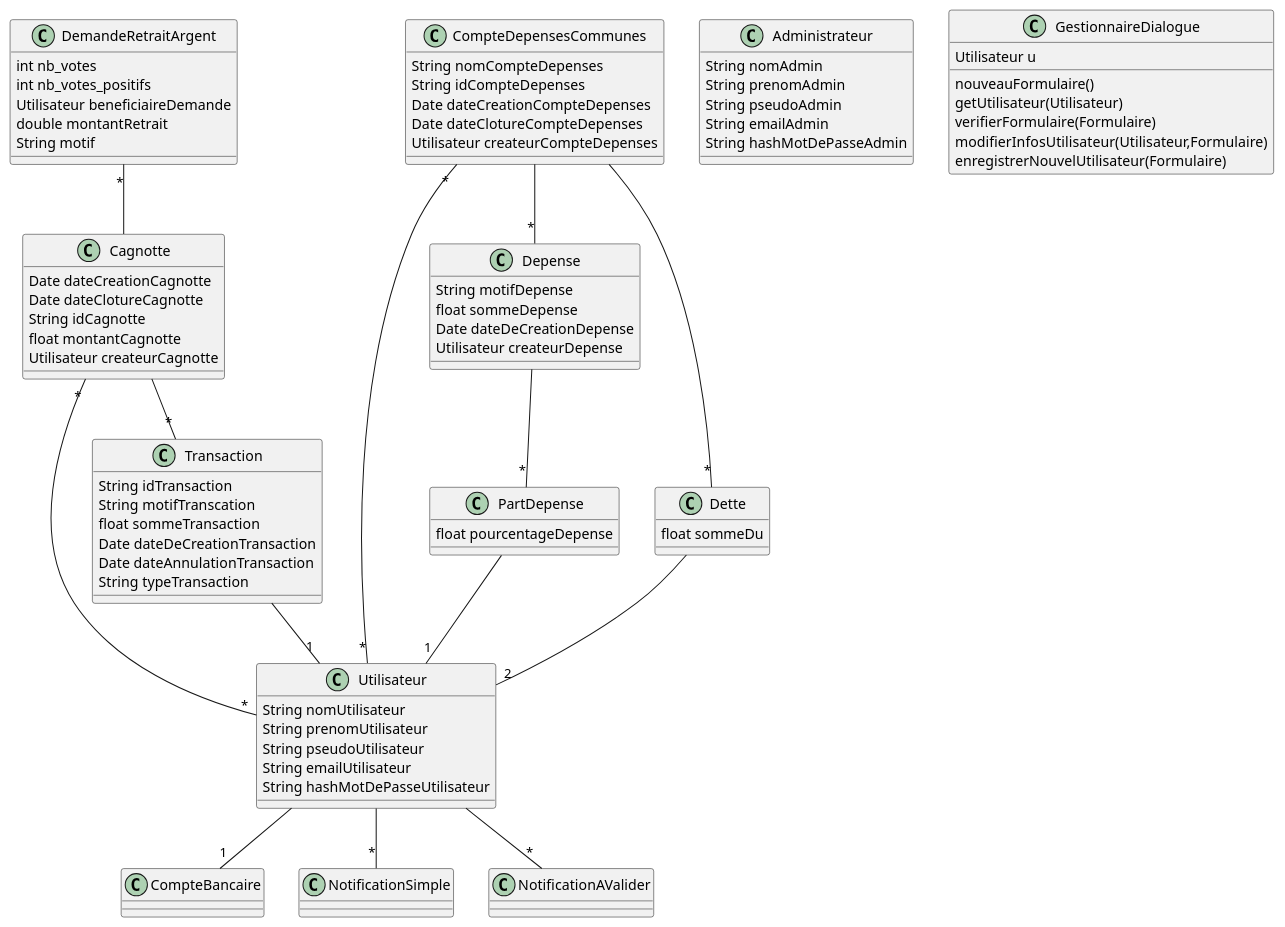
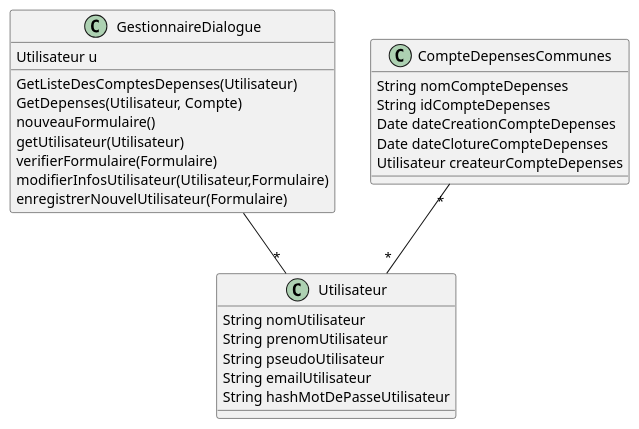
The diagram in diagrammes/conception/classes.puml (lmtb06/sharecount), drawn with PlantUML before and after one commit. The commit also changed 2 other files, not shown here.

```diff
--- a/diagrammes/conception/classes.puml
+++ b/diagrammes/conception/classes.puml
@@ -1,103 +1,35 @@
 @startuml Classes
+
+	class GestionnaireDialogue {
+		GetListeDesComptesDepenses(Utilisateur)
+		GetDepenses(Utilisateur, Compte)
+	}
 
 	class Utilisateur {
 		String nomUtilisateur
 		String prenomUtilisateur
 		String pseudoUtilisateur
 		String emailUtilisateur
 		String hashMotDePasseUtilisateur
-	}
-	Utilisateur --"1" CompteBancaire
-	class Administrateur {
-		String nomAdmin
-		String prenomAdmin
-		String pseudoAdmin
-		String emailAdmin
-		String hashMotDePasseAdmin
 	}
 
 	class GestionnaireDialogue {
 		Utilisateur u
 		nouveauFormulaire()
 		getUtilisateur(Utilisateur)
 		verifierFormulaire(Formulaire)
 		modifierInfosUtilisateur(Utilisateur,Formulaire)
 		enregistrerNouvelUtilisateur(Formulaire)
 	}
 
-	class Cagnotte {
-		Date dateCreationCagnotte
-		Date dateClotureCagnotte
-		String idCagnotte
-		float montantCagnotte
-		Utilisateur createurCagnotte
-	}
-
-	Cagnotte "*"--"*" Utilisateur
-	Cagnotte --"*" Transaction
-
 	class CompteDepensesCommunes {
 		String nomCompteDepenses
 		String idCompteDepenses
 		Date dateCreationCompteDepenses
 		Date dateClotureCompteDepenses
 		Utilisateur createurCompteDepenses
 	}
 	CompteDepensesCommunes "*"--"*" Utilisateur
-	CompteDepensesCommunes --"*" Depense
-	CompteDepensesCommunes --"*" Dette
-
-	class Depense {
-		String motifDepense
-		float sommeDepense
-		Date dateDeCreationDepense
-		Utilisateur createurDepense
-	}
-	Depense --"*" PartDepense
-
-	class PartDepense {
-		float pourcentageDepense
-	}
-	PartDepense --"1" Utilisateur
-
-	class Dette {
-		float sommeDu
-	}
-	Dette --"2" Utilisateur
-
-	class Transaction {
-		String idTransaction
-		String motifTranscation
-		float sommeTransaction
-		Date dateDeCreationTransaction
-		Date dateAnnulationTransaction
-		String typeTransaction
-	}
-
-	Transaction --"1" Utilisateur
-
-	class CompteBancaire {
-
-	}
-
-	class NotificationSimple {
-
-	}
-
-	class NotificationAValider {
-
-	}
-
-	Utilisateur --"*" NotificationAValider
-	Utilisateur --"*" NotificationSimple
-
-	class DemandeRetraitArgent {
-		int nb_votes
-		int nb_votes_positifs
-		Utilisateur beneficiaireDemande
-		double montantRetrait
-		String motif
-	}
-	DemandeRetraitArgent "*"-- Cagnotte
-
+	GestionnaireDialogue --"*" Utilisateur
+	
 @enduml
```
